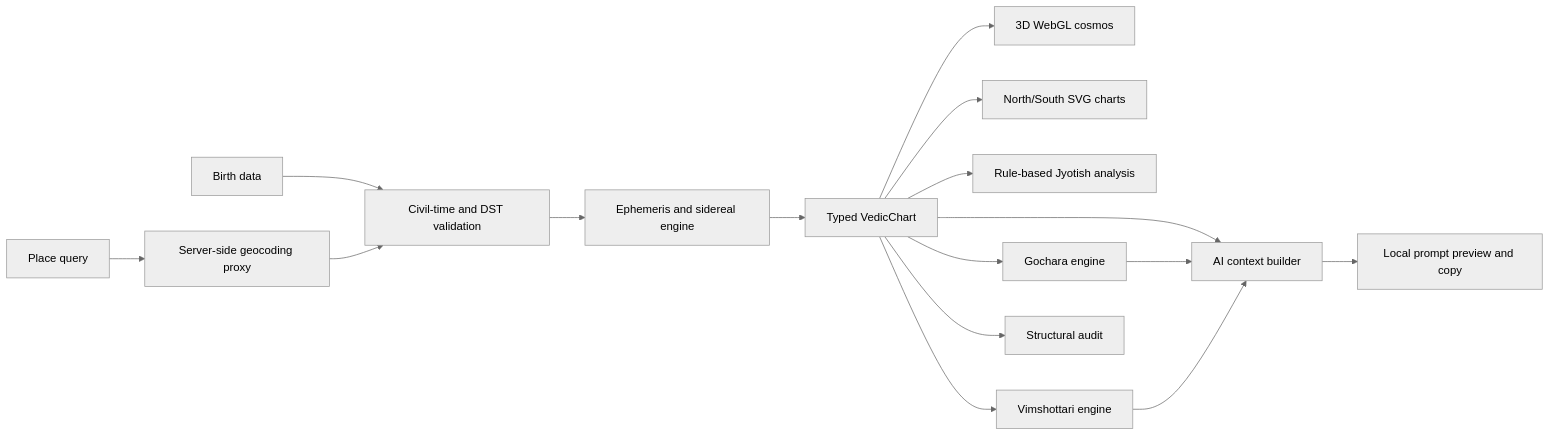
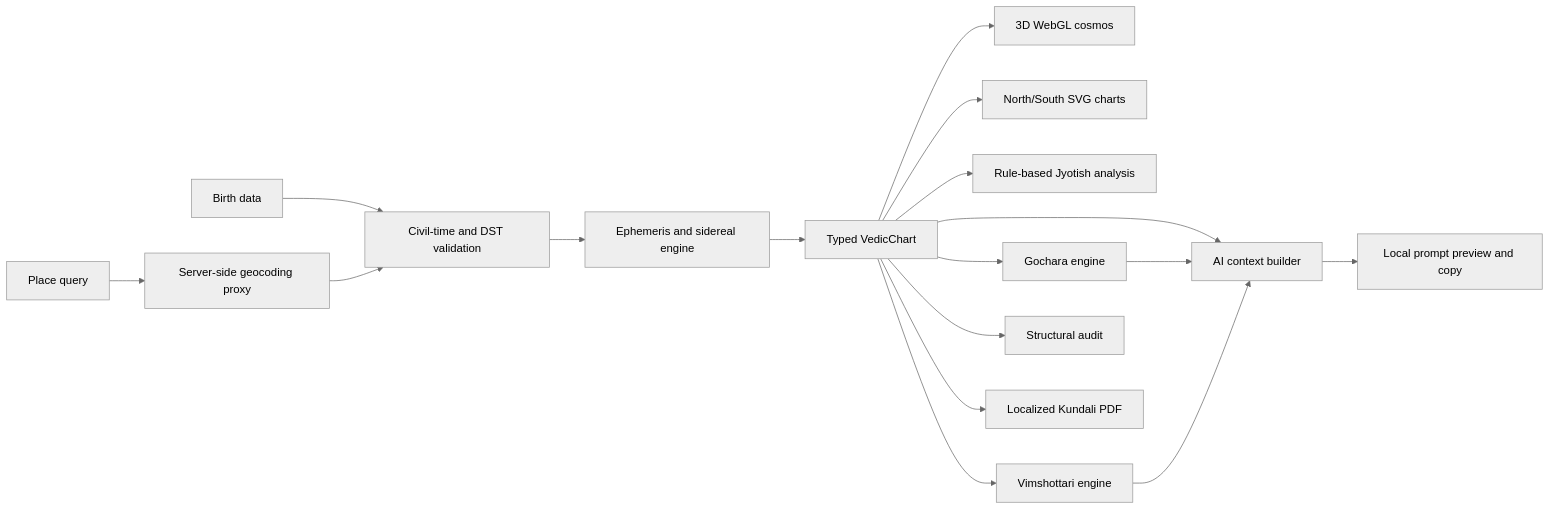
Before and after one commit to diprajkadlag/VedicAstrologer: the diagram in README.md, drawn with Mermaid (neutral theme). The commit also changed other lines of this file and 51 other files, not shown here.

Commit message:
feat: add German onboarding and Kundali PDF export

````diff
--- a/README.md
+++ b/README.md
@@ -103,18 +163,19 @@
 ```mermaid
 flowchart LR
     A[Birth data] --> B[Civil-time and DST validation]
-    P[Place query] --> G[Server-side geocoding proxy]
+    PQ[Place query] --> G[Server-side geocoding proxy]
     G --> B
     B --> E[Ephemeris and sidereal engine]
     E --> C[Typed VedicChart]
     C --> W[3D WebGL cosmos]
     C --> R[North/South SVG charts]
     C --> J[Rule-based Jyotish analysis]
     C --> T[Gochara engine]
     C --> D[Vimshottari engine]
     C --> Q[Structural audit]
+    C --> PDF[Localized Kundali PDF]
     C --> X[AI context builder]
     T --> X
     D --> X
     X --> H[Local prompt preview and copy]
 ```
````
